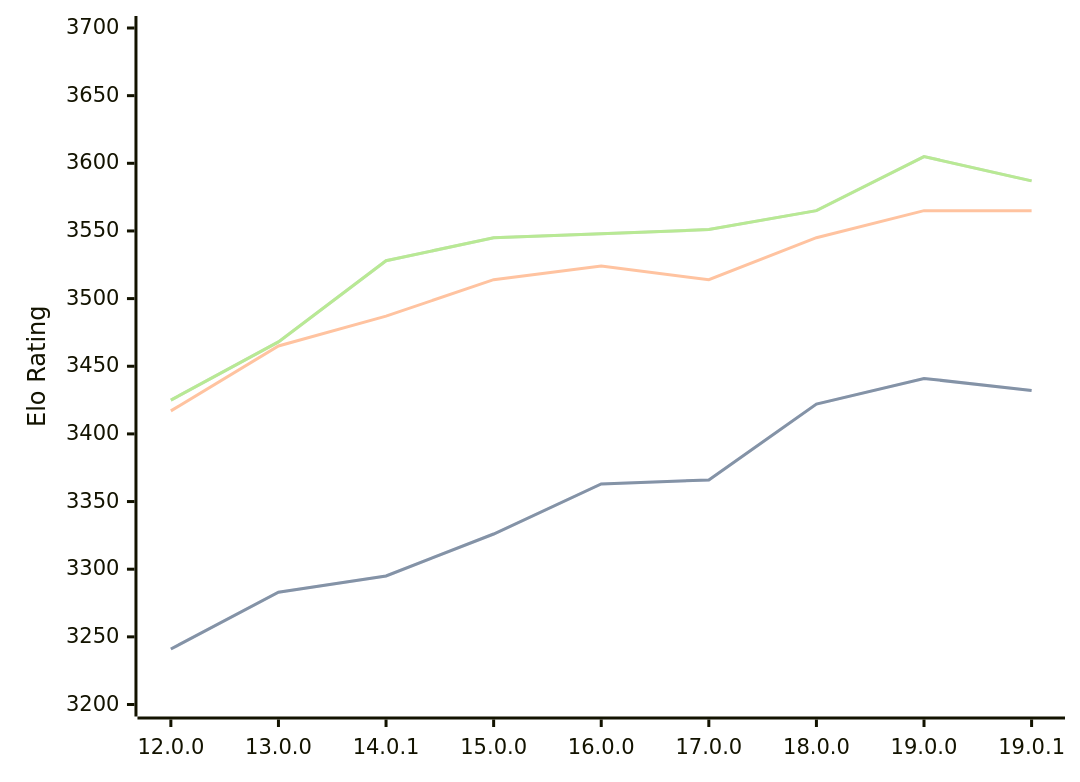
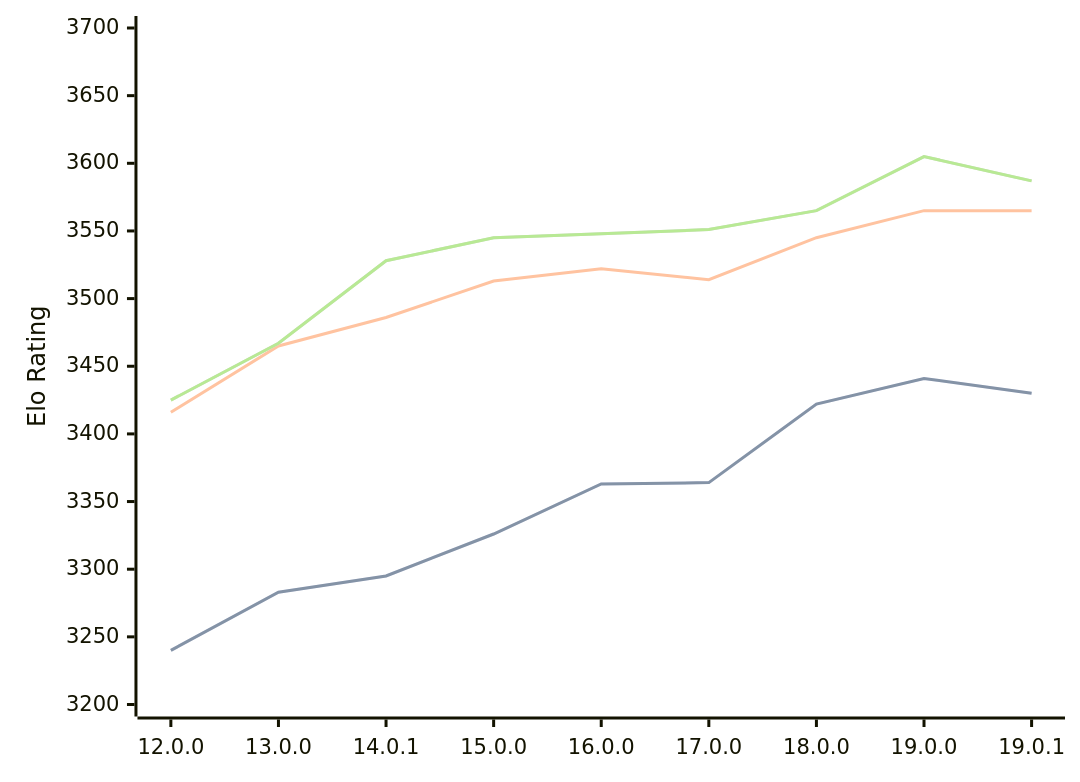
One commit to computer-chess-index/cci changed the diagram in engines/Viridithas.md. Above: the diagram before and after it, drawn with Mermaid. The commit also changed other lines of this file, not shown here.

Commit message:
Update CCI Ratings (ELO VLTC) - 2026-02-14

````diff
--- a/engines/Viridithas.md
+++ b/engines/Viridithas.md
@@ -60,11 +60,11 @@
 ```mermaid
 %%{init: {"theme":"base","themeVariables":{"seriesColors:['#a3a3a3','#222221','#faa371']}}}%%
 xychart-beta
   x-axis ["12.0.0", "13.0.0", "14.0.1", "15.0.0", "16.0.0", "17.0.0", "18.0.0", "19.0.0", "19.0.1"]
   y-axis "Elo Rating" 3200 --> 3700
-  line "STC (8.0+0.08s)" [3241, 3283, 3295, 3326, 3363, 3366, 3422, 3441, 3432]
-  line "STC (8.0+0.08s)" [3241, 3283, 3295, 3326, 3363, 3366, 3422, 3441, 3432]
-  line "LTC (60.0+0.60s)" [3417, 3465, 3487, 3514, 3524, 3514, 3545, 3565, 3565]
-  line "VLTC (2m24s+1.12s)" [3425, 3468, 3528, 3545, 3548, 3551, 3565, 3605, 3587]
-  line "VLTC (2m24s+1.12s)" [3425, 3468, 3528, 3545, 3548, 3551, 3565, 3605, 3587]
+  line "STC (8.0+0.08s)" [3240, 3283, 3295, 3326, 3363, 3364, 3422, 3441, 3430]
+  line "STC (8.0+0.08s)" [3240, 3283, 3295, 3326, 3363, 3364, 3422, 3441, 3430]
+  line "LTC (60.0+0.60s)" [3416, 3465, 3486, 3513, 3522, 3514, 3545, 3565, 3565]
+  line "VLTC (2m24s+1.12s)" [3425, 3467, 3528, 3545, 3548, 3551, 3565, 3605, 3587]
+  line "VLTC (2m24s+1.12s)" [3425, 3467, 3528, 3545, 3548, 3551, 3565, 3605, 3587]
 ```
````
